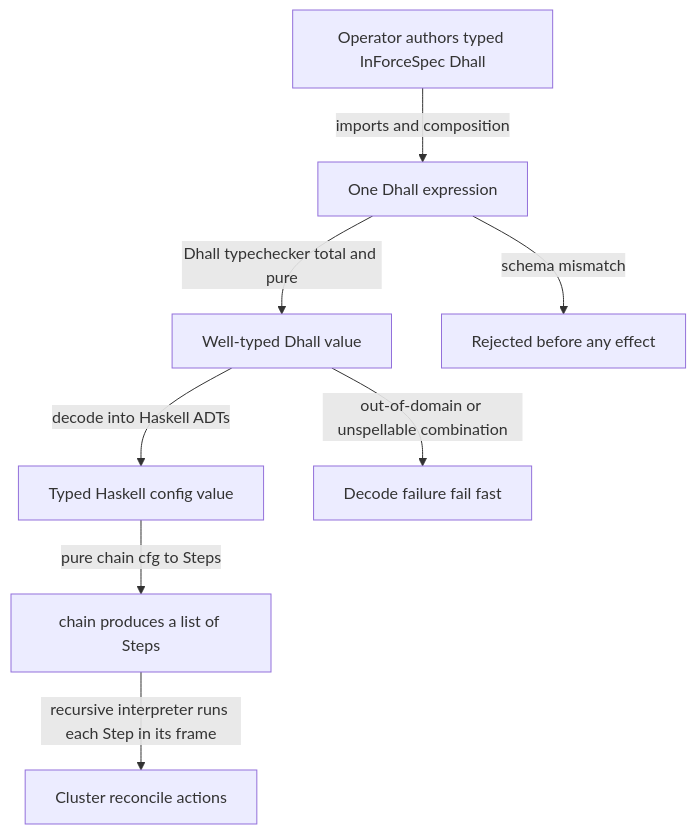
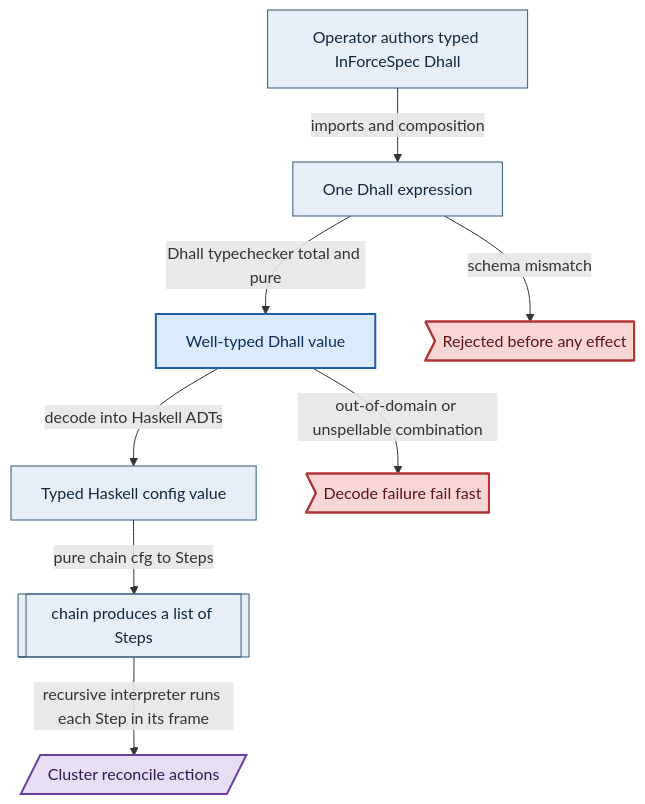
The first of 3 diagrams in documents/engineering/dsl_doctrine.md (Tuee22/amoebius), drawn with Mermaid before and after one commit. The commit also changed other lines of this file and 36 other files, not shown here.

````diff
--- a/documents/engineering/dsl_doctrine.md
+++ b/documents/engineering/dsl_doctrine.md
@@ -82,10 +84,14 @@
 ```mermaid
 flowchart TD
-  author[Operator authors typed InForceSpec Dhall] -->|imports and composition| expr[One Dhall expression]
-  expr -->|Dhall typechecker total and pure| typed[Well-typed Dhall value]
-  expr -->|schema mismatch| reject1[Rejected before any effect]
-  typed -->|decode into Haskell ADTs| decoded[Typed Haskell config value]
-  typed -->|out-of-domain or unspellable combination| reject2[Decode failure fail fast]
-  decoded -->|pure chain cfg to Steps| chain[chain produces a list of Steps]
-  chain -->|recursive interpreter runs each Step in its frame| effects[Cluster reconcile actions]
+  author["Operator authors typed InForceSpec Dhall"]:::intent -->|imports and composition| expr["One Dhall expression"]:::intent
+  expr -->|Dhall typechecker total and pure| typed["Well-typed Dhall value"]:::provenPB
+  expr -->|schema mismatch| reject1>"Rejected before any effect"]:::refuse
+  typed -->|decode into Haskell ADTs| decoded["Typed Haskell config value"]:::intent
+  typed -->|out-of-domain or unspellable combination| reject2>"Decode failure fail fast"]:::refuse
+  decoded -->|pure chain cfg to Steps| chain[["chain produces a list of Steps"]]:::intent
+  chain -->|recursive interpreter runs each Step in its frame| effects[/"Cluster reconcile actions"/]:::effect
+  classDef intent   fill:#e8eef7,stroke:#33587a,color:#12283f,stroke-width:1px
+  classDef provenPB fill:#dbeafe,stroke:#1e5fa8,color:#0b2f57,stroke-width:2px
+  classDef effect   fill:#e7ddf5,stroke:#6b3fa0,color:#2f1a52,stroke-width:2px
+  classDef refuse   fill:#f8d6d6,stroke:#b23636,color:#5c1414,stroke-width:2px
 ```
````
